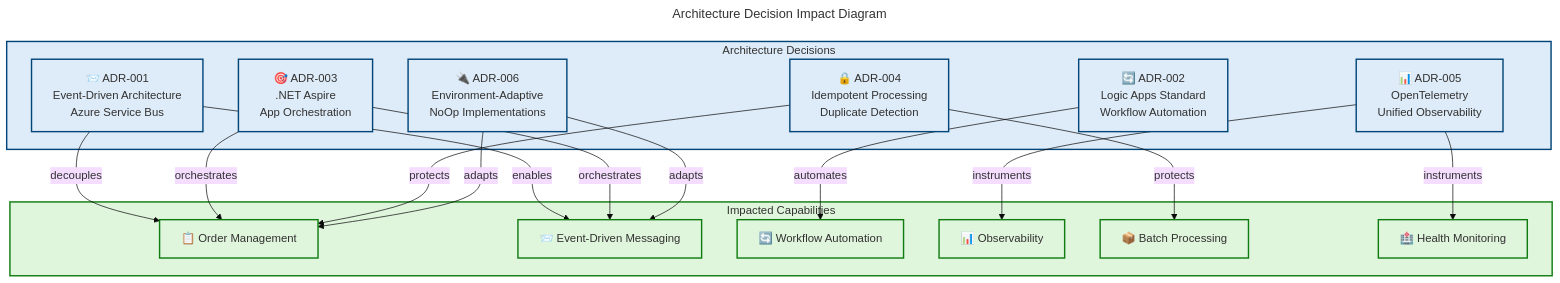
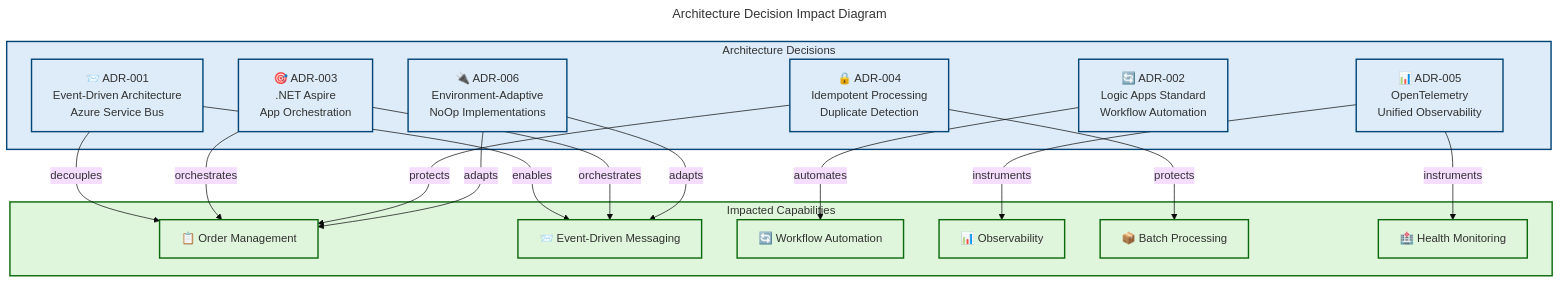
Diagram 11 of 13 in docs/architecture/Business-Layer-Architecture.md (Evilazaro/Azure-LogicApps-Monitoring), drawn with Mermaid before and after one commit. The commit also changed other lines of this file and 3 other files, not shown here.

Commit message:
docs: update color definitions in architecture diagrams for improved clarity and consistency

````diff
--- a/docs/architecture/Business-Layer-Architecture.md
+++ b/docs/architecture/Business-Layer-Architecture.md
@@ -1388,58 +1388,58 @@
 ```mermaid
 ---
 title: "Architecture Decision Impact Diagram"
 config:
   theme: base
   themeVariables:
     fontSize: '16px'
 ---
 graph TB
     accTitle: Architecture Decision Impact Diagram
     accDescr: Shows the 6 ADRs with their impact relationships on capabilities, showing how foundational decisions cascade through the architecture
 
     %% ═══════════════════════════════════════════════════════════════
     %% AZURE / FLUENT ARCHITECTURE PATTERN v1.1
     %% Generated: 2026-02-18T10:30:00Z
     %% Layer: Business
     %% Components: 12
     %% ═══════════════════════════════════════════════════════════════
 
     subgraph decisions ["Architecture Decisions"]
         adr1["📨 ADR-001<br/>Event-Driven Architecture<br/>Azure Service Bus"]
         adr2["🔄 ADR-002<br/>Logic Apps Standard<br/>Workflow Automation"]
         adr3["🎯 ADR-003<br/>.NET Aspire<br/>App Orchestration"]
         adr4["🔒 ADR-004<br/>Idempotent Processing<br/>Duplicate Detection"]
         adr5["📊 ADR-005<br/>OpenTelemetry<br/>Unified Observability"]
         adr6["🔌 ADR-006<br/>Environment-Adaptive<br/>NoOp Implementations"]
     end
 
     subgraph capabilities ["Impacted Capabilities"]
         cap_order["📋 Order Management"]
         cap_msg["📨 Event-Driven Messaging"]
         cap_wf["🔄 Workflow Automation"]
         cap_obs["📊 Observability"]
         cap_batch["📦 Batch Processing"]
         cap_health["🏥 Health Monitoring"]
     end
 
     adr1 -->|"enables"| cap_msg
     adr1 -->|"decouples"| cap_order
     adr2 -->|"automates"| cap_wf
     adr3 -->|"orchestrates"| cap_order
     adr3 -->|"orchestrates"| cap_msg
     adr4 -->|"protects"| cap_order
     adr4 -->|"protects"| cap_batch
     adr5 -->|"instruments"| cap_obs
     adr5 -->|"instruments"| cap_health
     adr6 -->|"adapts"| cap_msg
     adr6 -->|"adapts"| cap_order
 
     style decisions fill:#DEECF9,stroke:#004578,stroke-width:2px,color:#323130
-    style capabilities fill:#DFF6DD,stroke:#107C10,stroke-width:2px,color:#323130
+    style capabilities fill:#DFF6DD,stroke:#0B6A0B,stroke-width:2px,color:#323130
 
     classDef adrStyle fill:#DEECF9,stroke:#004578,stroke-width:2px,color:#323130
-    classDef capStyle fill:#DFF6DD,stroke:#107C10,stroke-width:2px,color:#323130
+    classDef capStyle fill:#DFF6DD,stroke:#0B6A0B,stroke-width:2px,color:#323130
 
     class adr1,adr2,adr3,adr4,adr5,adr6 adrStyle
     class cap_order,cap_msg,cap_wf,cap_obs,cap_batch,cap_health capStyle
 ```
````
